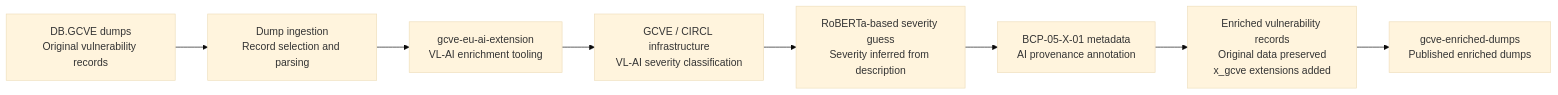
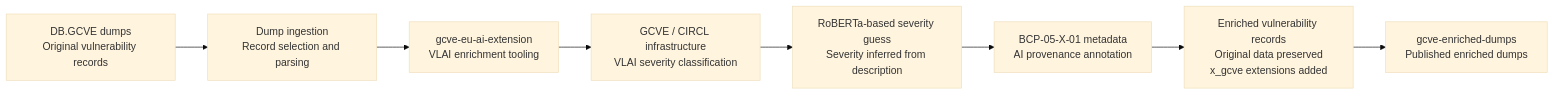
The diagram in content/news/2026-05-21-gcve-enriched-dumps.md (gcve-eu/gcve.eu), drawn with Mermaid (base theme) before and after one commit. The commit also changed other lines of this file, not shown here.

````diff
--- a/content/news/2026-05-21-gcve-enriched-dumps.md
+++ b/content/news/2026-05-21-gcve-enriched-dumps.md
@@ -57,16 +57,16 @@
 ```mermaid
 flowchart LR
     A["DB.GCVE dumps<br/>Original vulnerability records"] --> B["Dump ingestion<br/>Record selection and parsing"]
 
-    B --> C["gcve-eu-ai-extension<br/>VL-AI enrichment tooling"]
+    B --> C["gcve-eu-ai-extension<br/>VLAI enrichment tooling"]
 
-    C --> D["GCVE / CIRCL infrastructure<br/>VL-AI severity classification"]
+    C --> D["GCVE / CIRCL infrastructure<br/>VLAI severity classification"]
 
     D --> E["RoBERTa-based severity guess<br/>Severity inferred from description"]
 
     E --> F["BCP-05-X-01 metadata<br/>AI provenance annotation"]
 
     F --> G["Enriched vulnerability records<br/>Original data preserved<br/>x_gcve extensions added"]
 
     G --> H["gcve-enriched-dumps<br/>Published enriched dumps"]
 ```
````
